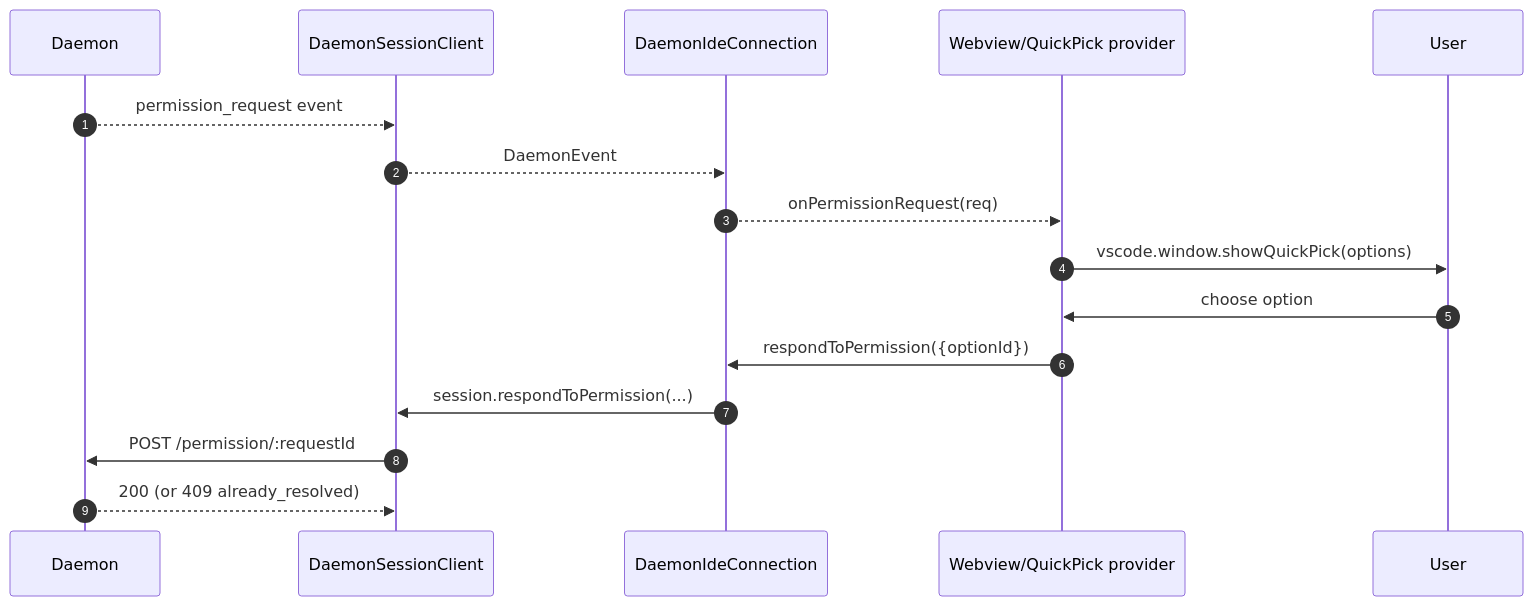
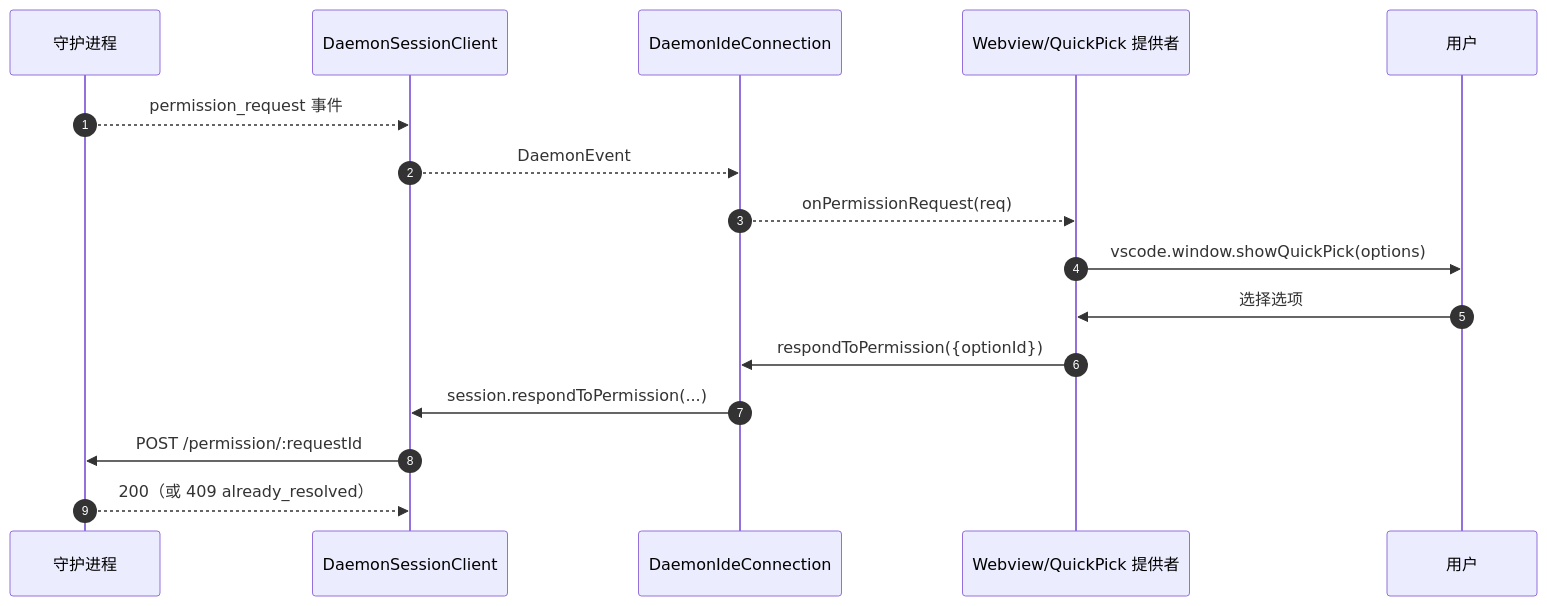
One commit to QwenLM/qwen-code-docs changed the second of 3 diagrams in website/content/zh/developers/daemon/16-vscode-ide-adapter.md. Above: the diagram before and after it, drawn with Mermaid. The commit also changed other lines of this file and 1077 other files, not shown here.

````diff
--- a/website/content/zh/developers/daemon/16-vscode-ide-adapter.md
+++ b/website/content/zh/developers/daemon/16-vscode-ide-adapter.md
@@ -124,19 +124,19 @@
 ```mermaid
 sequenceDiagram
     autonumber
-    participant D as Daemon
+    participant D as 守护进程
     participant SDK as DaemonSessionClient
     participant C as DaemonIdeConnection
-    participant P as Webview/QuickPick provider
-    participant U as User
+    participant P as Webview/QuickPick 提供者
+    participant U as 用户
 
-    D-->>SDK: permission_request event
+    D-->>SDK: permission_request 事件
     SDK-->>C: DaemonEvent
     C-->>P: onPermissionRequest(req)
     P->>U: vscode.window.showQuickPick(options)
-    U->>P: choose option
+    U->>P: 选择选项
     P->>C: respondToPermission({optionId})
     C->>SDK: session.respondToPermission(...)
     SDK->>D: POST /permission/:requestId
-    D-->>SDK: 200 (or 409 already_resolved)
+    D-->>SDK: 200（或 409 already_resolved）
 ```
````
